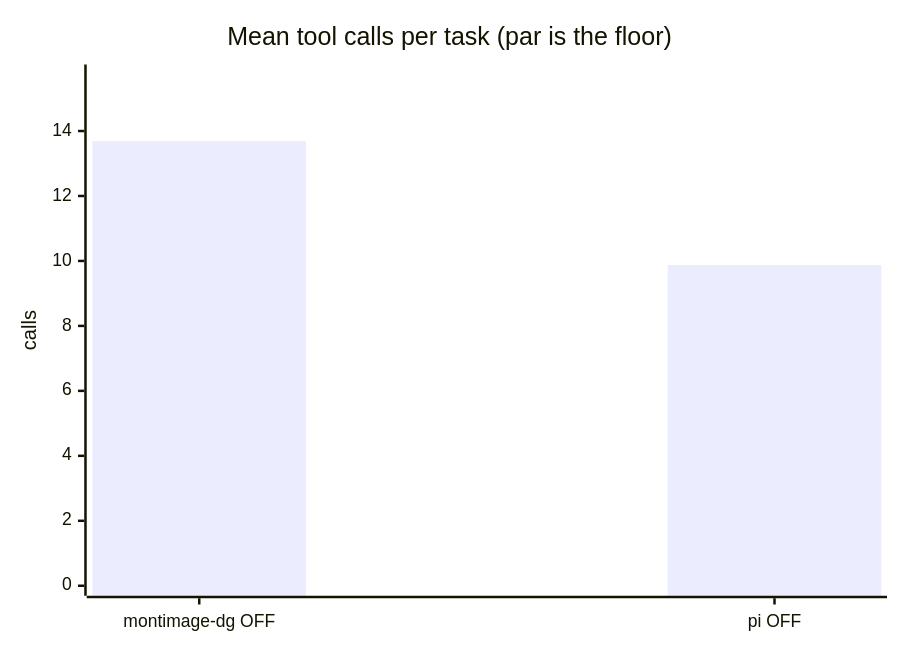
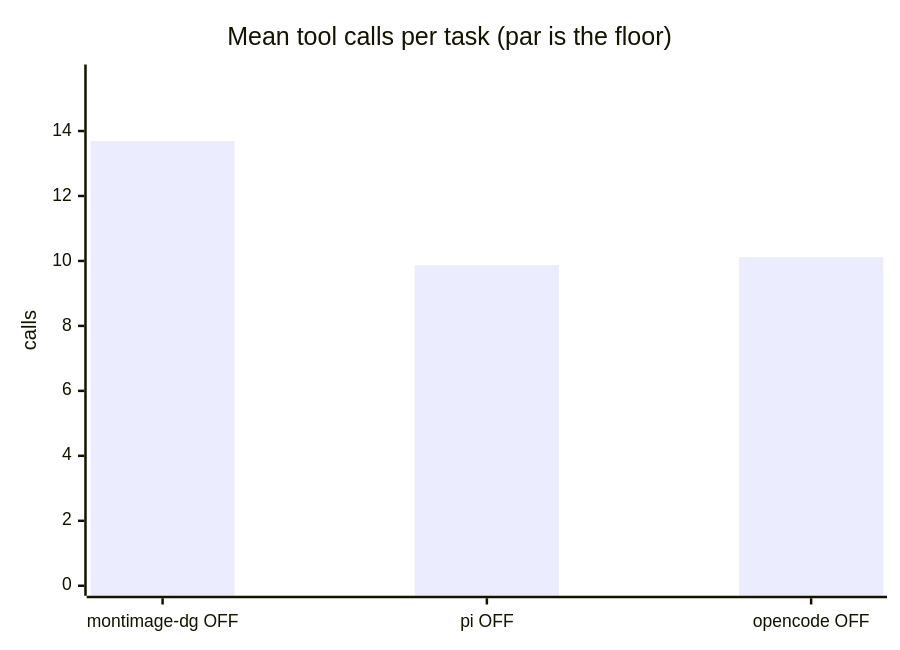
Before and after one commit to luongnv89/dgx-spark-llm-lab: the fourth of 6 diagrams in results/2026-08-20-pi-harness/REPORT-hard.md, drawn with Mermaid. The commit also changed other lines of this file and 9 other files, not shown here.

````diff
--- a/results/2026-08-20-pi-harness/REPORT-hard.md
+++ b/results/2026-08-20-pi-harness/REPORT-hard.md
@@ -50,7 +51,7 @@
 ```mermaid
 xychart-beta
     title "Mean tool calls per task (par is the floor)"
-    x-axis ["montimage-dg OFF", "pi OFF"]
+    x-axis ["montimage-dg OFF", "pi OFF", "opencode OFF"]
     y-axis "calls" 0 --> 15.74
-    bar [13.69, 9.875]
+    bar [13.69, 9.875, 10.12]
 ```
````
